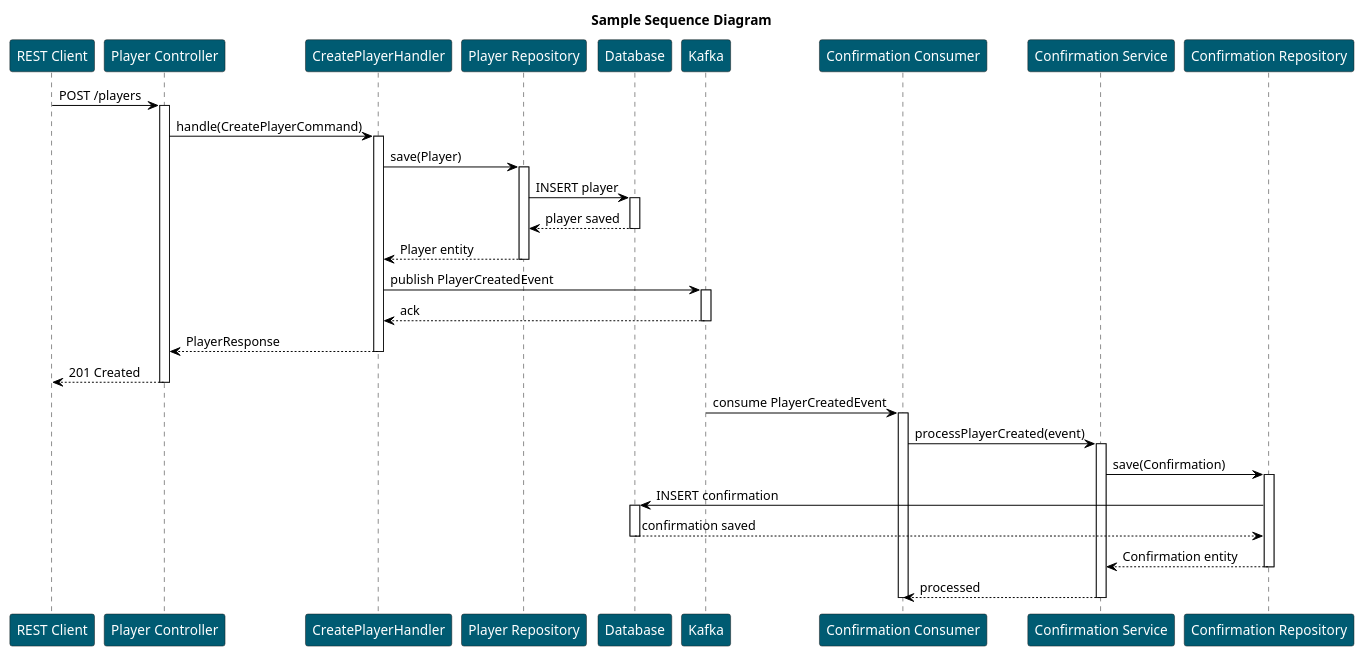
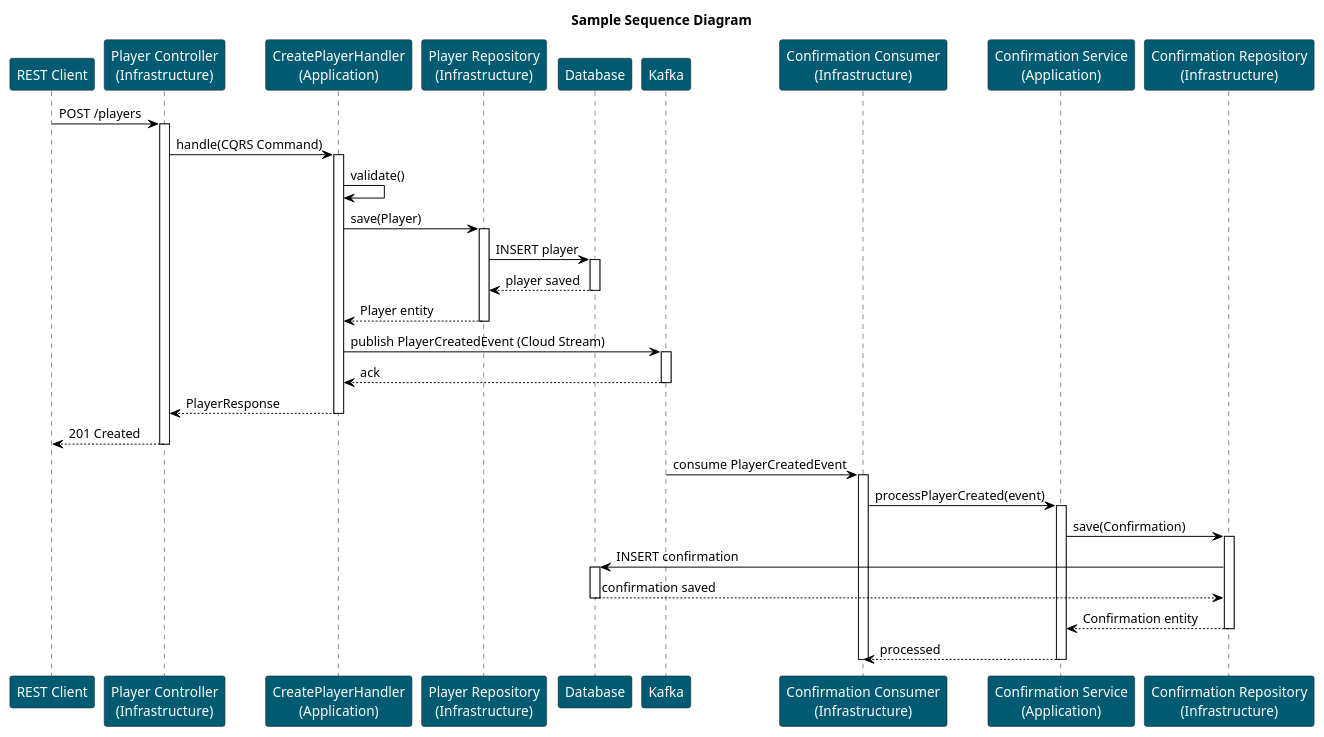
Before and after one commit to labcabrera/sample-spring-boot-loki-integration: the diagram in archetype-spring-cloud-stream-vertical/diagrams/sample-sequence.plantuml, drawn with PlantUML. The commit also changed 1 other file, not shown here.

Commit message:
Updated diagram.

```diff
--- a/archetype-spring-cloud-stream-vertical/diagrams/sample-sequence.plantuml
+++ b/archetype-spring-cloud-stream-vertical/diagrams/sample-sequence.plantuml
@@ -1,63 +1,64 @@
 @startuml Sample Sequence Diagram
 title Sample Sequence Diagram
 
 skinparam ParticipantBackgroundColor #005b72
 skinparam ParticipantFontColor #ffffff
 skinparam ArrowColor #000000
 
 participant "REST Client" as Client
-participant "Player Controller" as PlayerCtrl
-participant "CreatePlayerHandler" as PlayerHandler
-participant "Player Repository" as PlayerRepo
+participant "Player Controller\n(Infrastructure)" as PlayerCtrl
+participant "CreatePlayerHandler\n(Application)" as PlayerHandler
+participant "Player Repository\n(Infrastructure)" as PlayerRepo
 participant "Database" as DB
 participant "Kafka" as Kafka
-participant "Confirmation Consumer" as ConfConsumer
-participant "Confirmation Service" as ConfService
-participant "Confirmation Repository" as ConfRepo
+participant "Confirmation Consumer\n(Infrastructure)" as ConfConsumer
+participant "Confirmation Service\n(Application)" as ConfService
+participant "Confirmation Repository\n(Infrastructure)" as ConfRepo
 
 Client -> PlayerCtrl: POST /players
 activate PlayerCtrl
 
-PlayerCtrl -> PlayerHandler: handle(CreatePlayerCommand)
+PlayerCtrl -> PlayerHandler: handle(CQRS Command)
 activate PlayerHandler
 
+PlayerHandler -> PlayerHandler: validate()
 PlayerHandler -> PlayerRepo: save(Player)
 activate PlayerRepo
 PlayerRepo -> DB: INSERT player
 activate DB
 DB --> PlayerRepo: player saved
 deactivate DB
 PlayerRepo --> PlayerHandler: Player entity
 deactivate PlayerRepo
 
-PlayerHandler -> Kafka: publish PlayerCreatedEvent
+PlayerHandler -> Kafka: publish PlayerCreatedEvent (Cloud Stream)
 activate Kafka
 Kafka --> PlayerHandler: ack
 deactivate Kafka
 
 PlayerHandler --> PlayerCtrl: PlayerResponse
 deactivate PlayerHandler
 
 PlayerCtrl --> Client: 201 Created
 deactivate PlayerCtrl
 
 Kafka -> ConfConsumer: consume PlayerCreatedEvent
 activate ConfConsumer
 
 ConfConsumer -> ConfService: processPlayerCreated(event)
 activate ConfService
 
 ConfService -> ConfRepo: save(Confirmation)
 activate ConfRepo
 ConfRepo -> DB: INSERT confirmation
 activate DB
 DB --> ConfRepo: confirmation saved
 deactivate DB
 ConfRepo --> ConfService: Confirmation entity
 deactivate ConfRepo
 
 ConfService --> ConfConsumer: processed
 deactivate ConfService
 deactivate ConfConsumer
 
 @enduml
```
